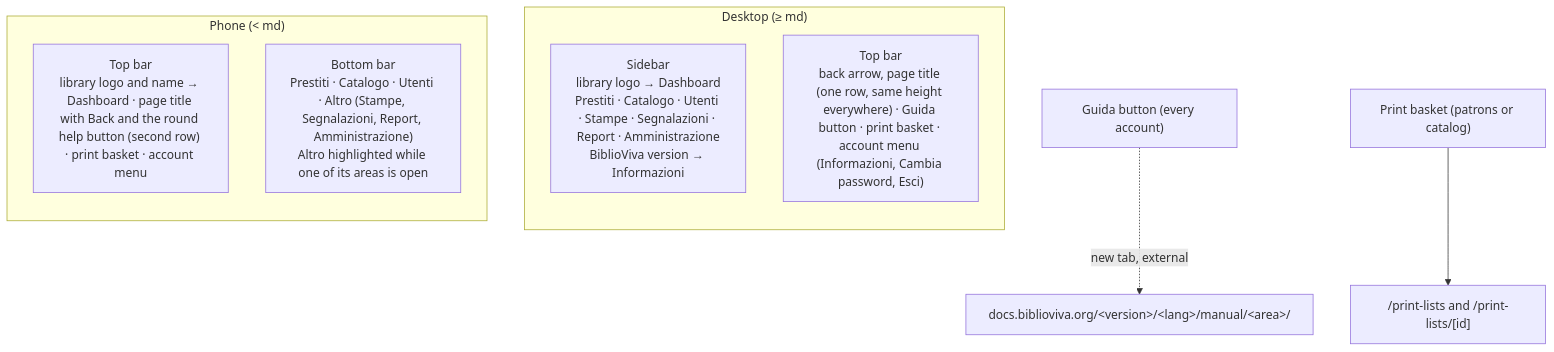
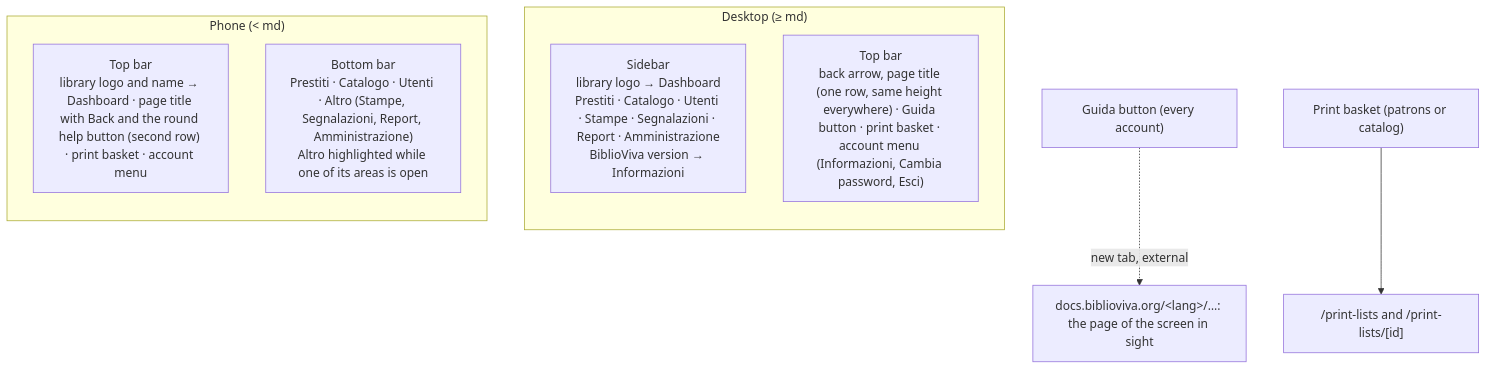
Before and after one commit to itotm/biblioviva: the second of 19 diagrams in docs/navigation.md, drawn with Mermaid. The commit also changed other lines of this file and 19 other files, not shown here.

Commit message:
phase 9.67: the help button opens the page of the screen in sight (every route mapped to its page and heading, in both languages); the Prestiti camera takes a copy before a patron is chosen; a return carried over from Prestiti has a Registra la restituzione button

````diff
--- a/docs/navigation.md
+++ b/docs/navigation.md
@@ -63,15 +63,15 @@
 ```mermaid
 flowchart TB
     subgraph Desktop["Desktop (≥ md)"]
         direction TB
         SB["Sidebar<br/>library logo → Dashboard<br/>Prestiti · Catalogo · Utenti · Stampe · Segnalazioni · Report · Amministrazione<br/>BiblioViva version → Informazioni"]
         TB["Top bar<br/>back arrow, page title (one row, same height everywhere) · Guida button · print basket · account menu (Informazioni, Cambia password, Esci)"]
     end
     subgraph Phone["Phone (< md)"]
         direction TB
         PT["Top bar<br/>library logo and name → Dashboard · page title with Back and the round help button (second row) · print basket · account menu"]
         BB["Bottom bar<br/>Prestiti · Catalogo · Utenti · Altro (Stampe, Segnalazioni, Report, Amministrazione)<br/>Altro highlighted while one of its areas is open"]
     end
-    Help["Guida button (every account)"] -. "new tab, external" .-> Docs["docs.biblioviva.org/&lt;version&gt;/&lt;lang&gt;/manual/&lt;area&gt;/"]
+    Help["Guida button (every account)"] -. "new tab, external" .-> Docs["docs.biblioviva.org/&lt;lang&gt;/…: the page of the screen in sight"]
     Basket["Print basket (patrons or catalog)"] --> Lists["/print-lists and /print-lists/[id]"]
 ```
````
